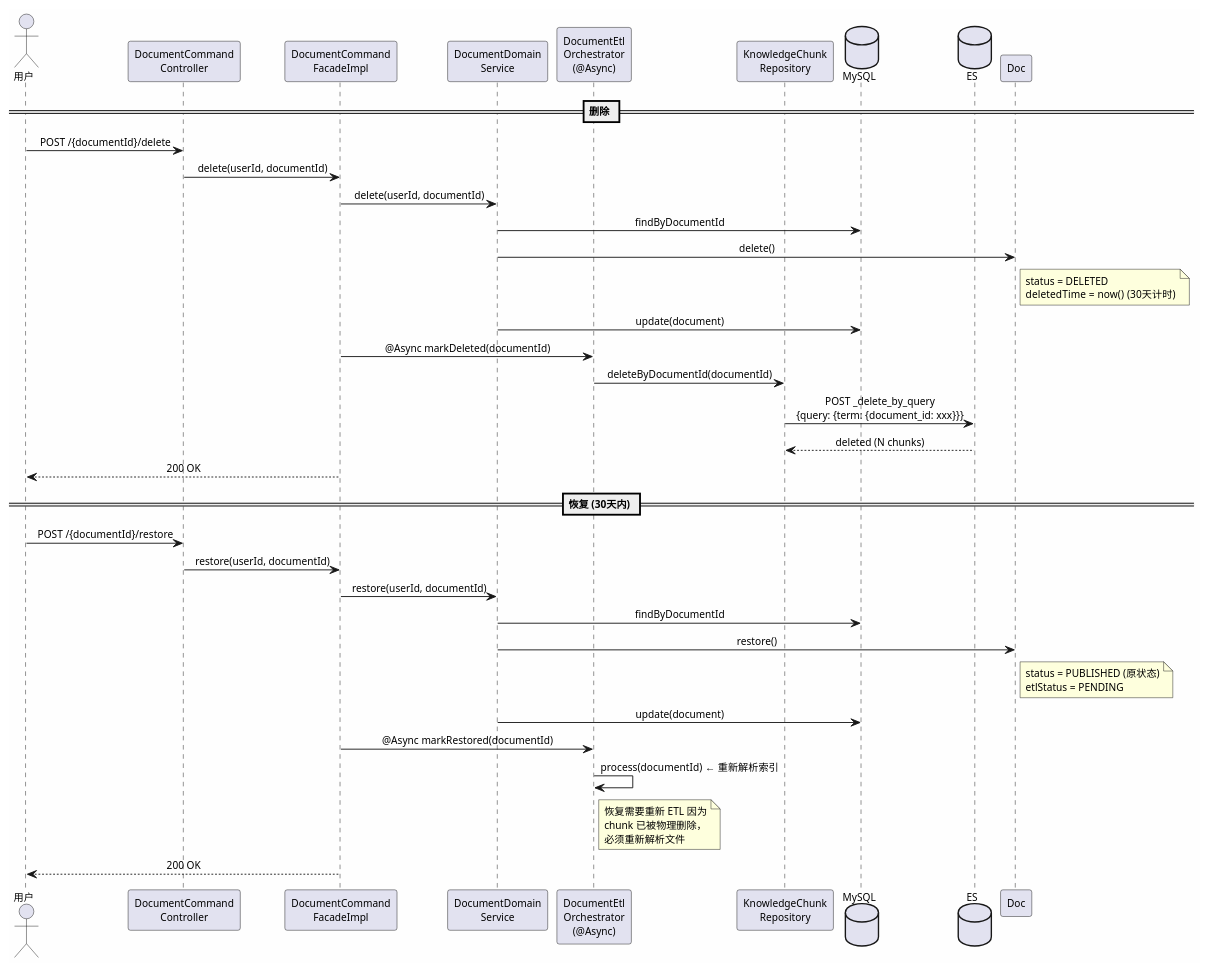
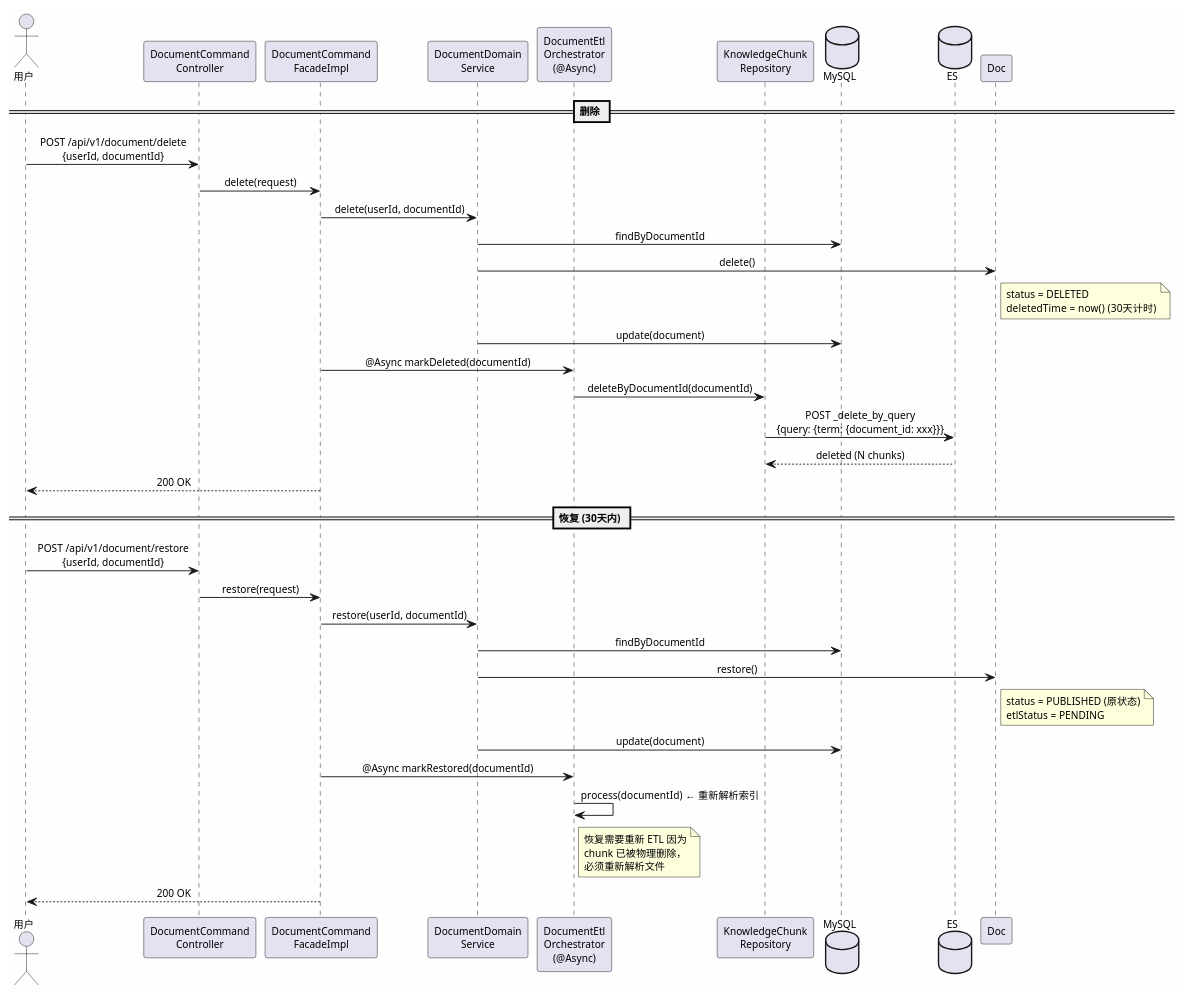
Before and after one commit to lazycece/zsagent: the fifth of 6 diagrams in document/design/知识管理模块详细设计.md, drawn with PlantUML. The commit also changed other lines of this file, not shown here.

````diff
--- a/document/design/知识管理模块详细设计.md
+++ b/document/design/知识管理模块详细设计.md
@@ -3064,60 +3126,60 @@
 ```plantuml
 @startuml 文档删除与恢复流程
 skinparam backgroundColor #FEFEFE
 skinparam defaultFontSize 11
 skinparam sequenceMessageAlign center
 
 actor 用户 as User
 participant "DocumentCommand\nController" as Controller
 participant "DocumentCommand\nFacadeImpl" as Facade
 participant "DocumentDomain\nService" as DomainSvc
 participant "DocumentEtl\nOrchestrator\n(@Async)" as ETL
 participant "KnowledgeChunk\nRepository" as ChunkRepo
 database MySQL
 database ES
 
 == 删除 ==
-User -> Controller: POST /{documentId}/delete
-Controller -> Facade: delete(userId, documentId)
+User -> Controller: POST /api/v1/document/delete\n{userId, documentId}
+Controller -> Facade: delete(request)
 
 Facade -> DomainSvc: delete(userId, documentId)
 DomainSvc -> MySQL: findByDocumentId
 DomainSvc -> Doc: delete()
 note right Doc
   status = DELETED
   deletedTime = now()  (30天计时)
 end note
 DomainSvc -> MySQL: update(document)
 
 Facade -> ETL: @Async markDeleted(documentId)
 ETL -> ChunkRepo: deleteByDocumentId(documentId)
 ChunkRepo -> ES: POST _delete_by_query\n{query: {term: {document_id: xxx}}}
 ES --> ChunkRepo: deleted (N chunks)
 
 Facade --> User: 200 OK
 
 == 恢复 (30天内) ==
-User -> Controller: POST /{documentId}/restore
-Controller -> Facade: restore(userId, documentId)
+User -> Controller: POST /api/v1/document/restore\n{userId, documentId}
+Controller -> Facade: restore(request)
 
 Facade -> DomainSvc: restore(userId, documentId)
 DomainSvc -> MySQL: findByDocumentId
 DomainSvc -> Doc: restore()
 note right Doc
   status = PUBLISHED (原状态)
   etlStatus = PENDING
 end note
 DomainSvc -> MySQL: update(document)
 
 Facade -> ETL: @Async markRestored(documentId)
 ETL -> ETL: process(documentId)  ← 重新解析索引
 note right ETL
   恢复需要重新 ETL 因为
   chunk 已被物理删除，
   必须重新解析文件
 end note
 
 Facade --> User: 200 OK
 
 @enduml
 ```
````
